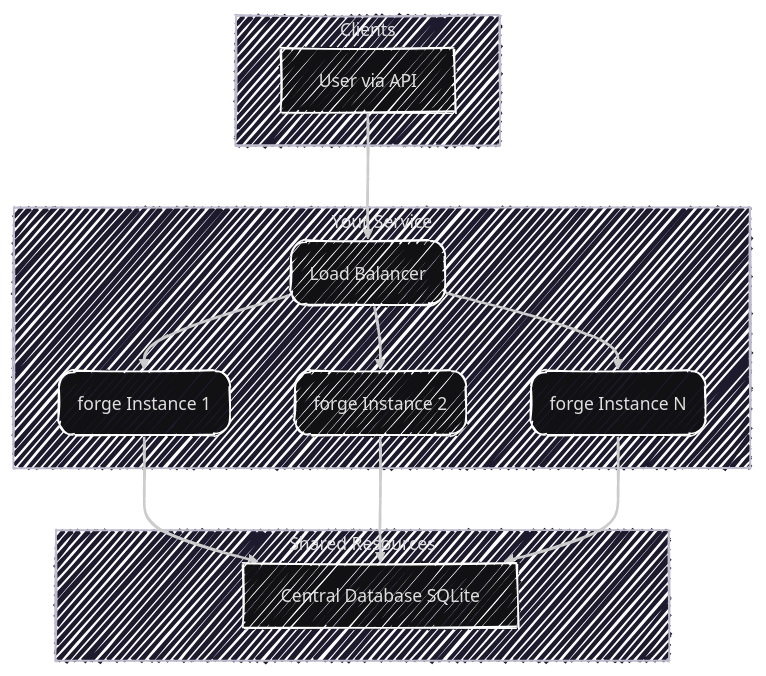
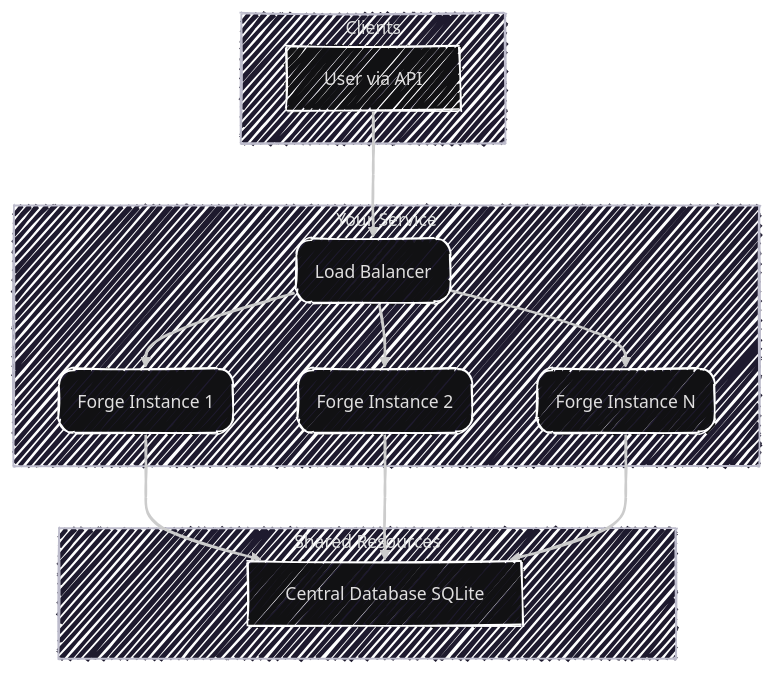
One commit to jassi-singh/forge changed the first of 2 diagrams in Readme.md. Above: the diagram before and after it, drawn with Mermaid. The commit also changed other lines of this file, not shown here.

Commit message:
Update 'forge' to 'Forge' in Readme.md

````diff
--- a/Readme.md
+++ b/Readme.md
@@ -32,26 +32,26 @@
 ```mermaid
 ---
 config:
   look: handDrawn
   theme: redux-dark
   layout: dagre
 ---
 flowchart TD
   subgraph Clients["Clients"]
     A["User via API"]
   end
   subgraph subGraph1["Your Service"]
     B("Load Balancer")
-    C1("forge Instance 1")
-    C2("forge Instance 2")
-    C3("forge Instance N")
+    C1("Forge Instance 1")
+    C2("Forge Instance 2")
+    C3("Forge Instance N")
   end
   subgraph subGraph2["Shared Resources"]
     D["Central Database SQLite"]
   end
     A --> B
     B --> C1 & C2 & C3
     C1 --> D
     C2 --> D
     C3 --> D
 ```
````
